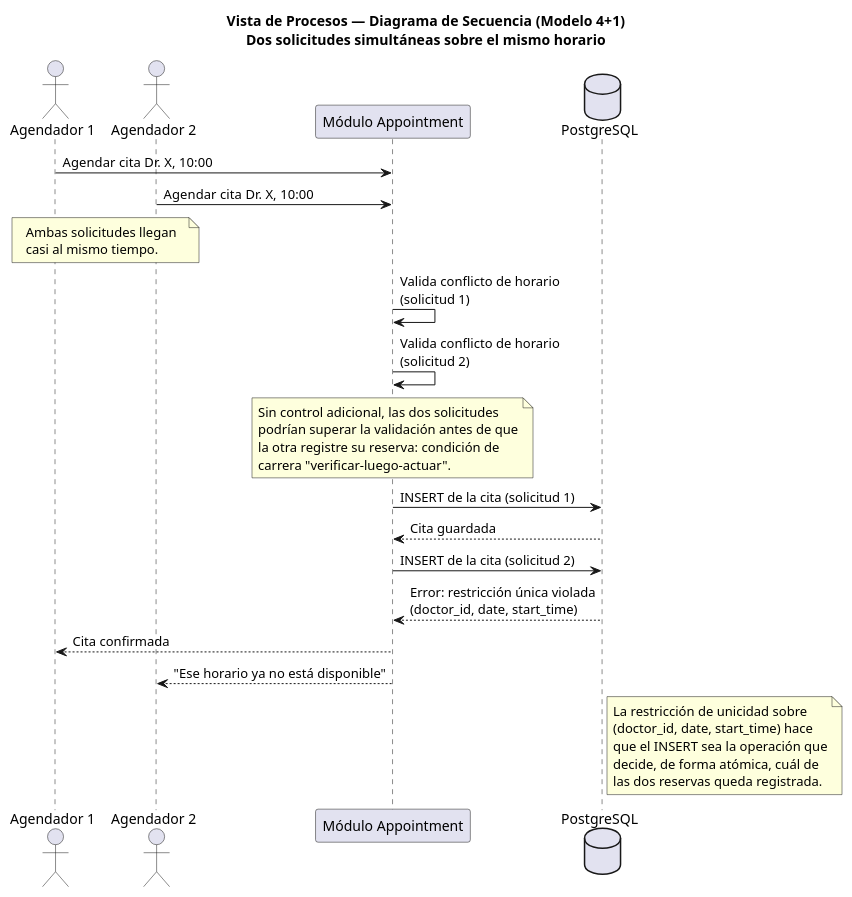
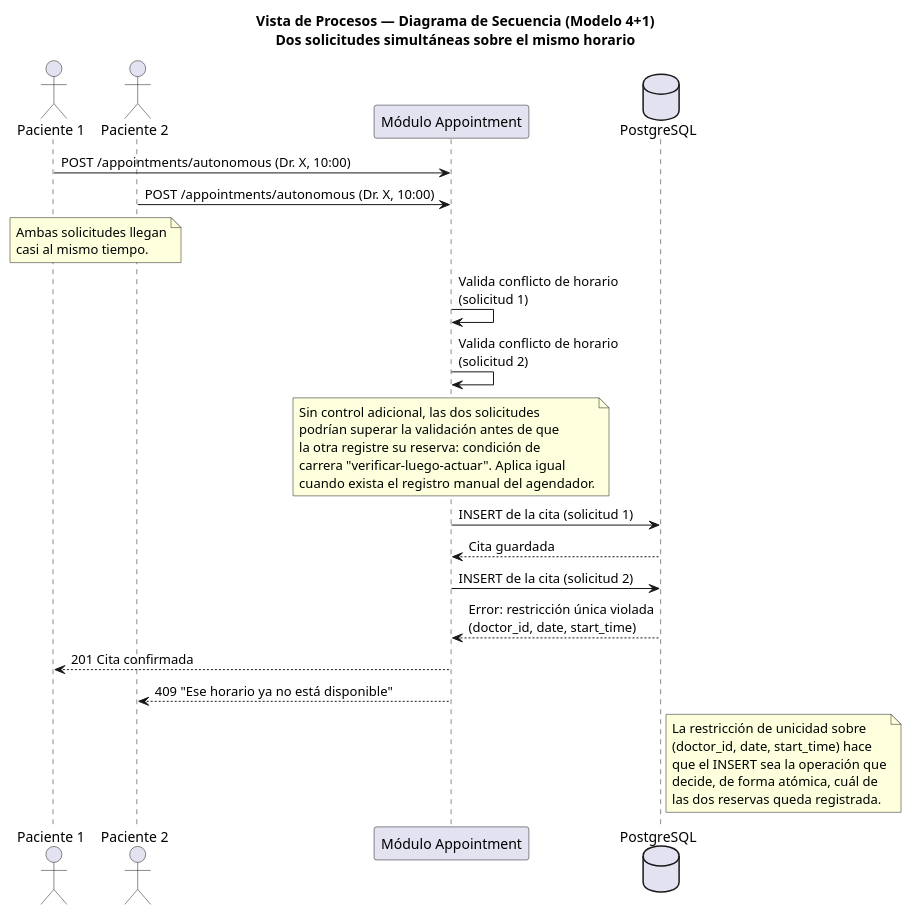
The diagram in docs/architecture/actividad5-vista-procesos.puml (SantiagoGutierrez11/piedrazul-monolitic), drawn with PlantUML before and after one commit. The commit also changed 8 other files, not shown here.

Commit message:
Align context, scenario and deployment diagrams with the implemented flows

```diff
--- a/docs/architecture/actividad5-vista-procesos.puml
+++ b/docs/architecture/actividad5-vista-procesos.puml
@@ -1,44 +1,45 @@
 @startuml SecuenciaConcurrenciaCitas
 title Vista de Procesos — Diagrama de Secuencia (Modelo 4+1)\nDos solicitudes simultáneas sobre el mismo horario
 
-actor "Agendador 1" as A1
-actor "Agendador 2" as A2
+actor "Paciente 1" as A1
+actor "Paciente 2" as A2
 participant "Módulo Appointment" as Citas
 database "PostgreSQL" as BD
 
-A1 -> Citas : Agendar cita Dr. X, 10:00
-A2 -> Citas : Agendar cita Dr. X, 10:00
+A1 -> Citas : POST /appointments/autonomous (Dr. X, 10:00)
+A2 -> Citas : POST /appointments/autonomous (Dr. X, 10:00)
 
 note over A1, A2
   Ambas solicitudes llegan
   casi al mismo tiempo.
 end note
 
 Citas -> Citas : Valida conflicto de horario\n(solicitud 1)
 Citas -> Citas : Valida conflicto de horario\n(solicitud 2)
 
 note over Citas
   Sin control adicional, las dos solicitudes
   podrían superar la validación antes de que
   la otra registre su reserva: condición de
-  carrera "verificar-luego-actuar".
+  carrera "verificar-luego-actuar". Aplica igual
+  cuando exista el registro manual del agendador.
 end note
 
 Citas -> BD : INSERT de la cita (solicitud 1)
 BD --> Citas : Cita guardada
 
 Citas -> BD : INSERT de la cita (solicitud 2)
 BD --> Citas : Error: restricción única violada\n(doctor_id, date, start_time)
 
-Citas --> A1 : Cita confirmada
-Citas --> A2 : "Ese horario ya no está disponible"
+Citas --> A1 : 201 Cita confirmada
+Citas --> A2 : 409 "Ese horario ya no está disponible"
 
 note right of BD
   La restricción de unicidad sobre
   (doctor_id, date, start_time) hace
   que el INSERT sea la operación que
   decide, de forma atómica, cuál de
   las dos reservas queda registrada.
 end note
 
 @enduml
```
